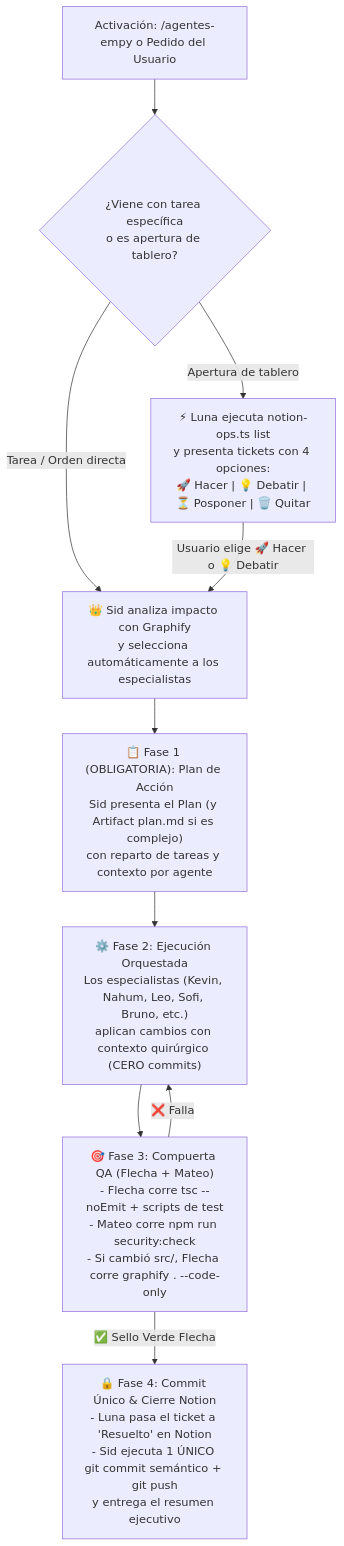
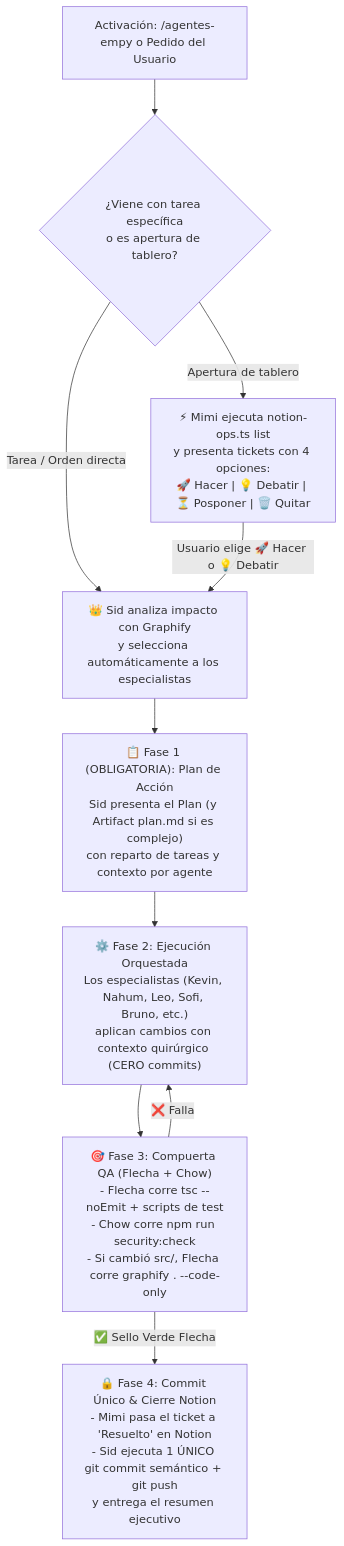
Before and after one commit to SoySid/empy-bot: the diagram in .agents/skills/agentes-empy/SKILL.md, drawn with Mermaid. The commit also changed other lines of this file and 1 other file, not shown here.

Commit message:
docs: renombrar especialistas del escuadron a Chow, Dani y Mimi

````diff
--- a/.agents/skills/agentes-empy/SKILL.md
+++ b/.agents/skills/agentes-empy/SKILL.md
@@ -59,12 +59,12 @@
 ```mermaid
 flowchart TD
     Start["Activación: /agentes-empy o Pedido del Usuario"] --> Mode{"¿Viene con tarea específica\no es apertura de tablero?"}
-    Mode -->|"Apertura de tablero"| LunaRead["⚡ Luna ejecuta notion-ops.ts list\ny presenta tickets con 4 opciones:\n🚀 Hacer | 💡 Debatir | ⏳ Posponer | 🗑️ Quitar"]
+    Mode -->|"Apertura de tablero"| MimiRead["⚡ Mimi ejecuta notion-ops.ts list\ny presenta tickets con 4 opciones:\n🚀 Hacer | 💡 Debatir | ⏳ Posponer | 🗑️ Quitar"]
     Mode -->|"Tarea / Orden directa"| SidContext["👑 Sid analiza impacto con Graphify\ny selecciona automáticamente a los especialistas"]
-    LunaRead -->|"Usuario elige 🚀 Hacer o 💡 Debatir"| SidContext
+    MimiRead -->|"Usuario elige 🚀 Hacer o 💡 Debatir"| SidContext
     SidContext --> PlanStep["📋 Fase 1 (OBLIGATORIA): Plan de Acción\nSid presenta el Plan (y Artifact plan.md si es complejo)\ncon reparto de tareas y contexto por agente"]
     PlanStep --> ExecStep["⚙️ Fase 2: Ejecución Orquestada\nLos especialistas (Kevin, Nahum, Leo, Sofi, Bruno, etc.)\naplican cambios con contexto quirúrgico (CERO commits)"]
-    ExecStep --> QAGate["🎯 Fase 3: Compuerta QA (Flecha + Mateo)\n- Flecha corre tsc --noEmit + scripts de test\n- Mateo corre npm run security:check\n- Si cambió src/, Flecha corre graphify . --code-only"]
+    ExecStep --> QAGate["🎯 Fase 3: Compuerta QA (Flecha + Chow)\n- Flecha corre tsc --noEmit + scripts de test\n- Chow corre npm run security:check\n- Si cambió src/, Flecha corre graphify . --code-only"]
     QAGate -->|"❌ Falla"|ExecStep
-    QAGate -->|"✅ Sello Verde Flecha"| CommitGate["🔒 Fase 4: Commit Único & Cierre Notion\n- Luna pasa el ticket a 'Resuelto' en Notion\n- Sid ejecuta 1 ÚNICO git commit semántico + git push\ny entrega el resumen ejecutivo"]
+    QAGate -->|"✅ Sello Verde Flecha"| CommitGate["🔒 Fase 4: Commit Único & Cierre Notion\n- Mimi pasa el ticket a 'Resuelto' en Notion\n- Sid ejecuta 1 ÚNICO git commit semántico + git push\ny entrega el resumen ejecutivo"]
 ```
````
